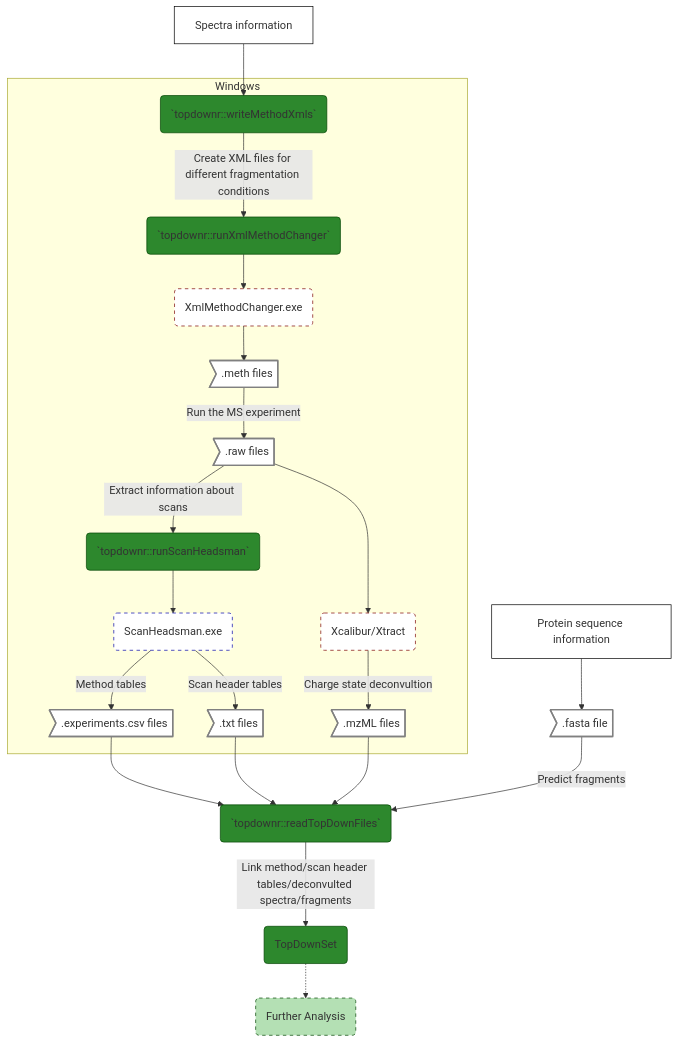
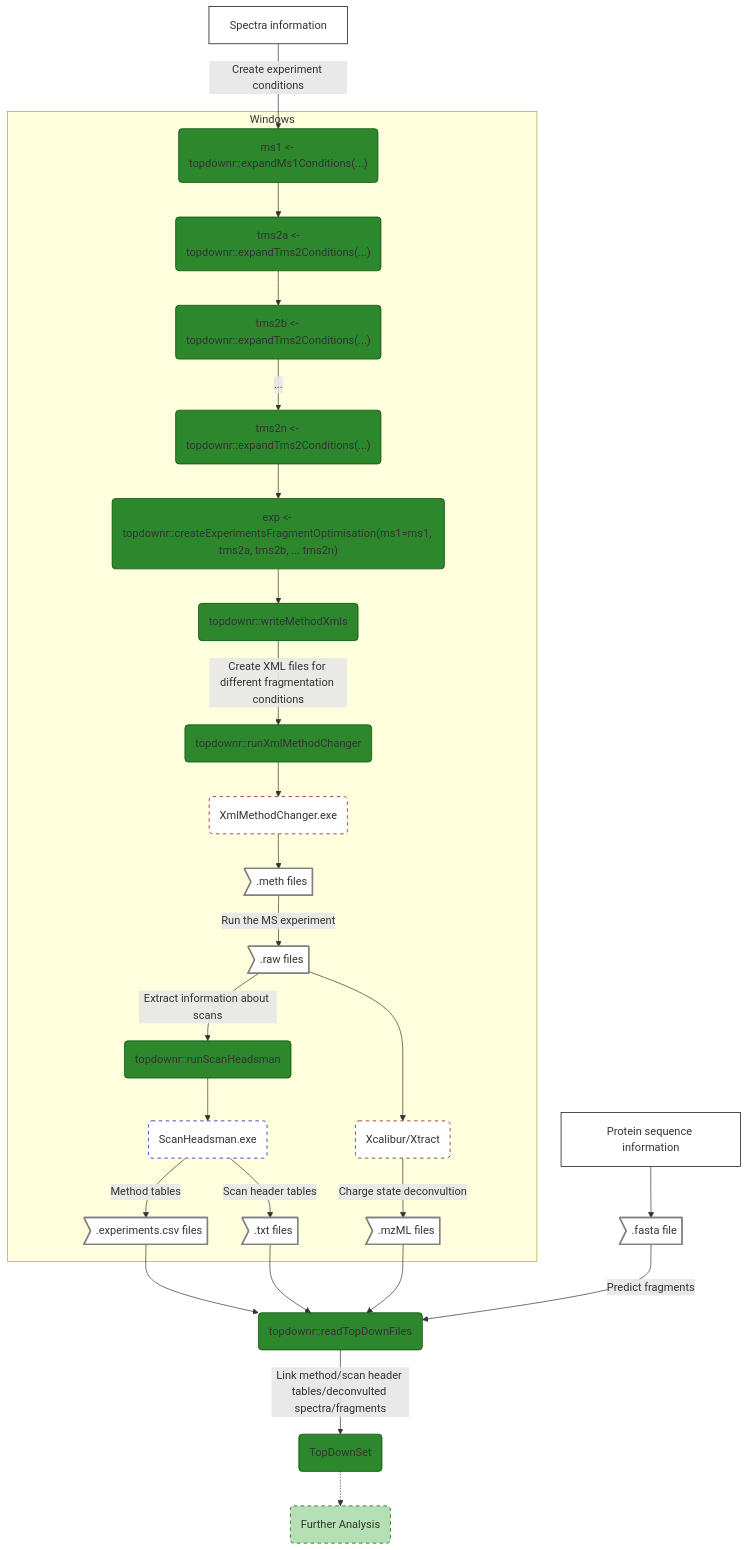
The diagram in vignettes/images/workflow/data-generation.mmd (sgibb/topdownr), drawn with Mermaid before and after one commit. The commit also changed 5 other files, not shown here.

```diff
--- a/vignettes/images/workflow/data-generation.mmd
+++ b/vignettes/images/workflow/data-generation.mmd
@@ -1,38 +1,44 @@
 graph TD
 subgraph Windows
-   tdwmx(`topdownr::writeMethodXmls`) -- Create XML files for different fragmentation conditions --> tdrxmc(`topdownr::runXmlMethodChanger`)
-   tdrxmc --> thxmc(XmlMethodChanger.exe)
-   thxmc --> fMeth>.meth files]
-   fMeth --Run the MS experiment --> fRaw>.raw files]
-   fRaw -- Extract information about scans --> tdsh(`topdownr::runScanHeadsman`)
-   tdsh --> sh(ScanHeadsman.exe)
-   sh -- Method tables --> fCsv>.experiments.csv files]
-   sh -- Scan header tables --> fTxt>.txt files]
-   fRaw --> thxcal(Xcalibur/Xtract)
-   thxcal -- Charge state deconvultion --> fMzMl>.mzML files]
+    tdms1("`ms1 <- topdownr::expandMs1Conditions(...)`") --> tdms2a("`tms2a <-
+    topdownr::expandTms2Conditions(...)`")
+    tdms2a --> tdms2b("`tms2b <- topdownr::expandTms2Conditions(...)`")
+    tdms2b -- ... --> tdms2n("`tms2n <- topdownr::expandTms2Conditions(...)`")
+    tdms2n --> tdexp("`exp <- topdownr::createExperimentsFragmentOptimisation(ms1=ms1, tms2a, tms2b, ... tms2n)`")
+    tdexp --> tdwmx("`topdownr::writeMethodXmls`")
+    tdwmx -- Create XML files for different fragmentation conditions --> tdrxmc("`topdownr::runXmlMethodChanger`")
+    tdrxmc --> thxmc(XmlMethodChanger.exe)
+    thxmc --> fMeth>.meth files]
+    fMeth --Run the MS experiment --> fRaw>.raw files]
+    fRaw -- Extract information about scans --> tdsh("`topdownr::runScanHeadsman`")
+    tdsh --> sh(ScanHeadsman.exe)
+    sh -- Method tables --> fCsv>.experiments.csv files]
+    sh -- Scan header tables --> fTxt>.txt files]
+    fRaw --> thxcal(Xcalibur/Xtract)
+    thxcal -- Charge state deconvultion --> fMzMl>.mzML files]
 end
 
-si[Spectra information] --> tdwmx
+si[Spectra information] -- Create experiment conditions --> tdms1
 
 psi[Protein sequence information] --> fFasta>.fasta file]
 
-fCsv -->  td(`topdownr::readTopDownFiles`)
+fCsv -->  td("`topdownr::readTopDownFiles`")
 fTxt --> td
 fMzMl --> td
 fFasta -- Predict fragments  --> td
 td -- Link method/scan header tables/deconvulted spectra/fragments --> tds(TopDownSet)
 tds -.-> analysis(Further Analysis)
 
 classDef topdownrClass fill:#2D882D,stroke:#004400
 classDef thermoClass fill:#FFFFFF,stroke:#7C0000,stroke-dasharray:5
 classDef scanheadsmanClass fill:#FFFFFF,stroke:#0000AA,stroke-dasharray:5
 classDef fileClass fill:#FFFFFF,stroke:#808080,stroke-width:2
 classDef infoClass fill:#FFFFFF,stroke:#000000
 classDef unknownClass fill:#B4E0B4,stroke:#004400,stroke-dasharray:5
 
-class tdwmx,tdrxmc,tdsh,td,tds topdownrClass
+class tdms1,tdms2a,tdms2b,tdms2n,tdexp,tdwmx,tdrxmc,tdsh,td,tds topdownrClass
 class thxmc,thxcal thermoClass
 class sh scanheadsmanClass
 class fFasta,fMeth,fRaw,fCsv,fTxt,fMzMl fileClass
 class si,psi infoClass
 class analysis unknownClass
```
